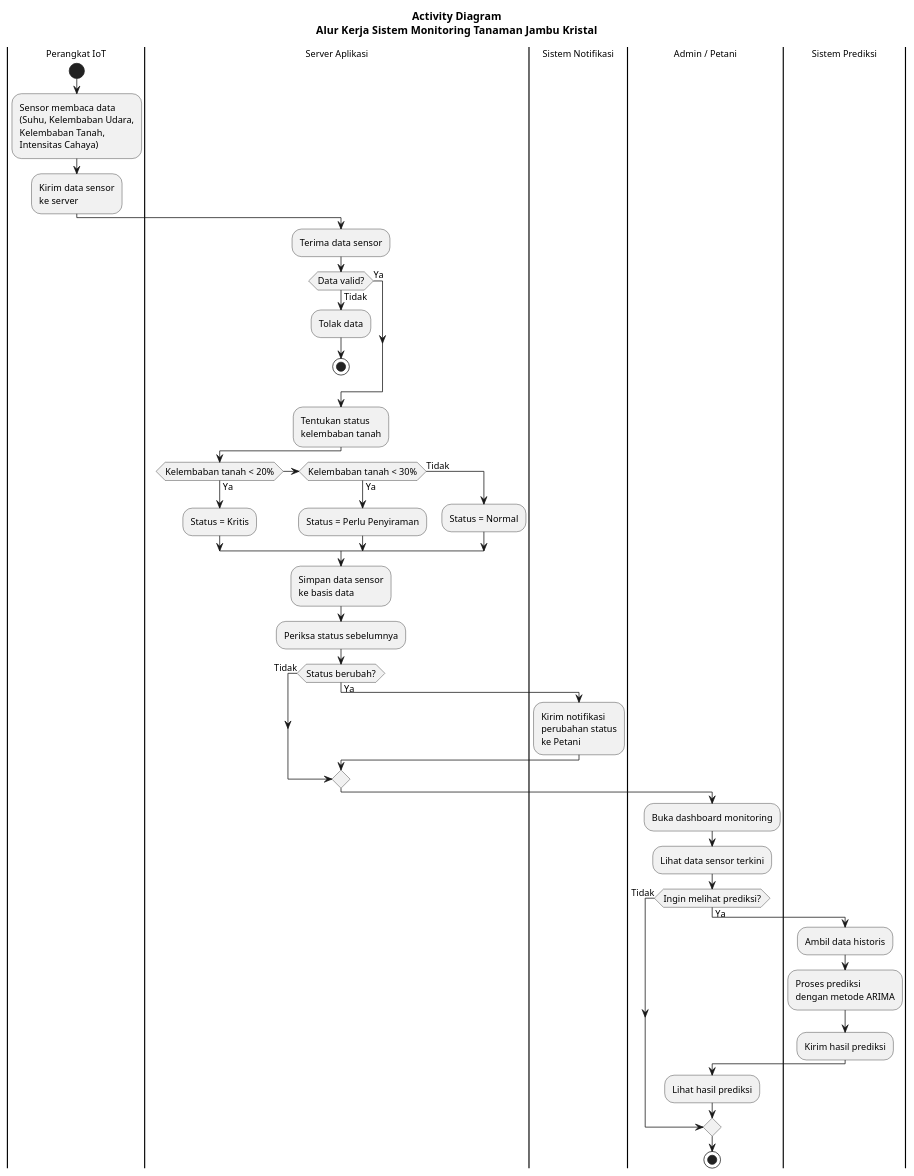
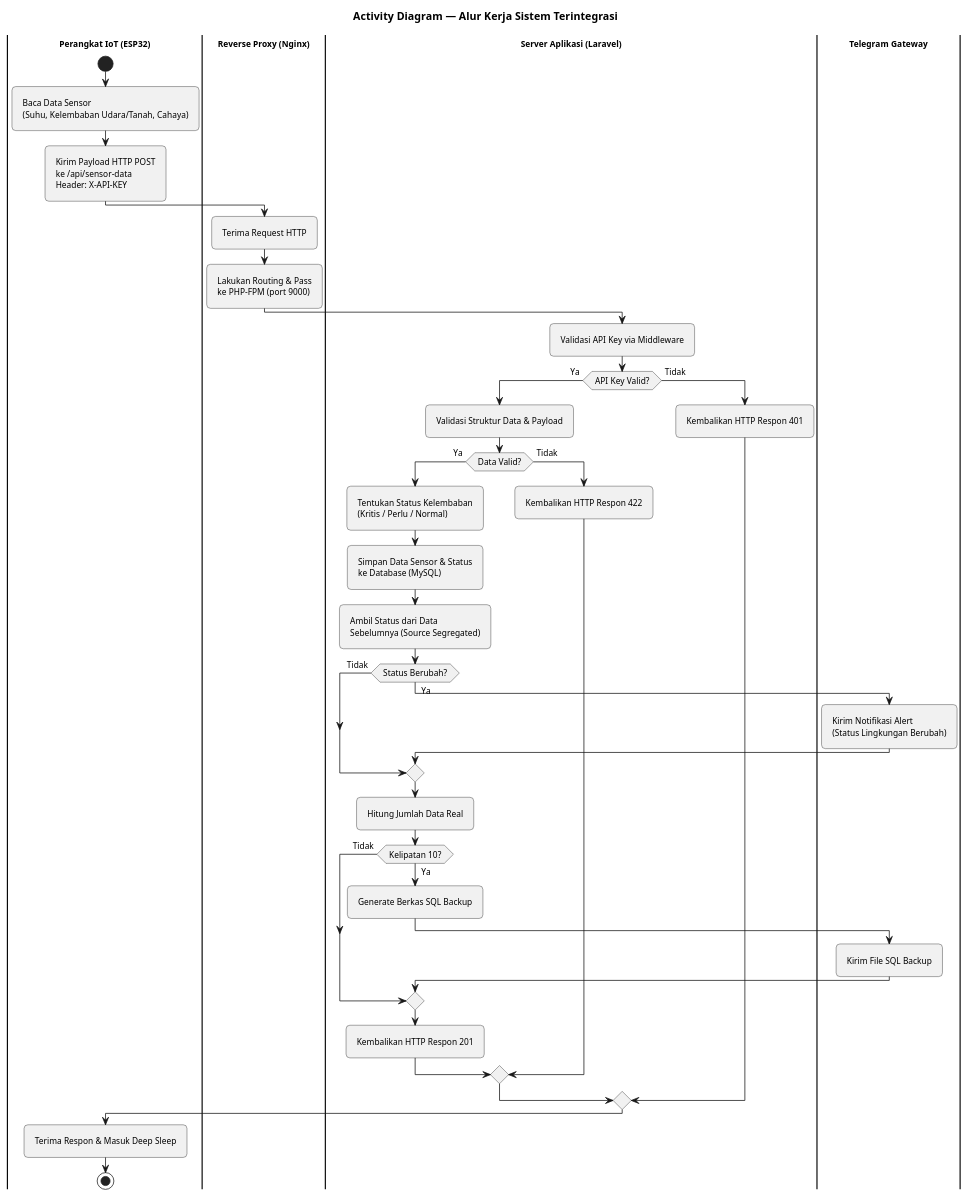
Before and after one commit to maa040424/jambu-monitoring: the diagram in docs/diagrams/5_activity.puml, drawn with PlantUML. The commit also changed 51 other files, not shown here.

```diff
--- a/docs/diagrams/5_activity.puml
+++ b/docs/diagrams/5_activity.puml
@@ -1,63 +1,59 @@
 @startuml Activity Diagram
-skinparam monochrome true
+
+skinparam backgroundColor white
+skinparam defaultFontName "Segoe UI"
+skinparam defaultFontSize 11
 skinparam shadowing false
-skinparam backgroundColor white
-skinparam defaultFontName Arial
-skinparam defaultFontSize 12
+skinparam roundCorner 10
+skinparam padding 4
+skinparam conditionStyle inside
 
-title Activity Diagram\nAlur Kerja Sistem Monitoring Tanaman Jambu Kristal
+title **Activity Diagram — Alur Kerja Sistem Terintegrasi**
 
-|Perangkat IoT|
+|**Perangkat IoT (ESP32)**|
 start
-:Sensor membaca data\n(Suhu, Kelembaban Udara,\nKelembaban Tanah,\nIntensitas Cahaya);
+:Baca Data Sensor\n(Suhu, Kelembaban Udara/Tanah, Cahaya);
+:Kirim Payload HTTP POST\nke /api/sensor-data\nHeader: X-API-KEY;
 
-:Kirim data sensor\nke server;
+|**Reverse Proxy (Nginx)**|
+:Terima Request HTTP;
+:Lakukan Routing & Pass\nke PHP-FPM (port 9000);
 
-|Server Aplikasi|
-:Terima data sensor;
-
-if (Data valid?) then (Ya)
+|**Server Aplikasi (Laravel)**|
+:Validasi API Key via Middleware;
+if (API Key Valid?) then (Ya)
+    :Validasi Struktur Data & Payload;
+    if (Data Valid?) then (Ya)
+        :Tentukan Status Kelembaban\n(Kritis / Perlu / Normal);
+        :Simpan Data Sensor & Status\nke Database (MySQL);
+        
+        :Ambil Status dari Data\nSebelumnya (Source Segregated);
+        if (Status Berubah?) then (Ya)
+            |**Telegram Gateway**|
+            :Kirim Notifikasi Alert\n(Status Lingkungan Berubah);
+        else (Tidak)
+        endif
+        
+        |**Server Aplikasi (Laravel)**|
+        :Hitung Jumlah Data Real;
+        if (Kelipatan 10?) then (Ya)
+            :Generate Berkas SQL Backup;
+            |**Telegram Gateway**|
+            :Kirim File SQL Backup;
+        else (Tidak)
+        endif
+        
+        |**Server Aplikasi (Laravel)**|
+        :Kembalikan HTTP Respon 201;
+    else (Tidak)
+        :Kembalikan HTTP Respon 422;
+    endif
 else (Tidak)
-    :Tolak data;
-    stop
+    :Kembalikan HTTP Respon 401;
 endif
 
-:Tentukan status\nkelembaban tanah;
-
-if (Kelembaban tanah < 20%) then (Ya)
-    :Status = Kritis;
-elseif (Kelembaban tanah < 30%) then (Ya)
-    :Status = Perlu Penyiraman;
-else (Tidak)
-    :Status = Normal;
-endif
-
-:Simpan data sensor\nke basis data;
-
-:Periksa status sebelumnya;
-
-if (Status berubah?) then (Ya)
-    |Sistem Notifikasi|
-    :Kirim notifikasi\nperubahan status\nke Petani;
-    |Server Aplikasi|
-else (Tidak)
-endif
-
-|Admin / Petani|
-:Buka dashboard monitoring;
-
-:Lihat data sensor terkini;
-
-if (Ingin melihat prediksi?) then (Ya)
-    |Sistem Prediksi|
-    :Ambil data historis;
-    :Proses prediksi\ndengan metode ARIMA;
-    :Kirim hasil prediksi;
-    |Admin / Petani|
-    :Lihat hasil prediksi;
-else (Tidak)
-endif
-
+|**Perangkat IoT (ESP32)**|
+:Terima Respon & Masuk Deep Sleep;
 stop
 
 @enduml
```
